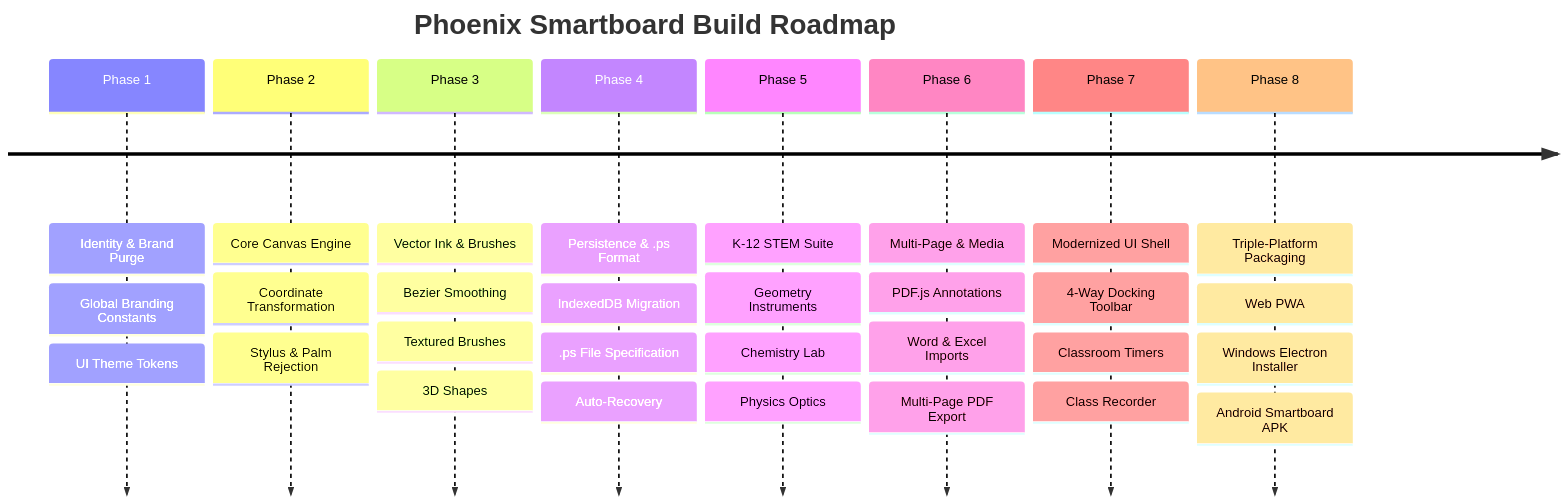
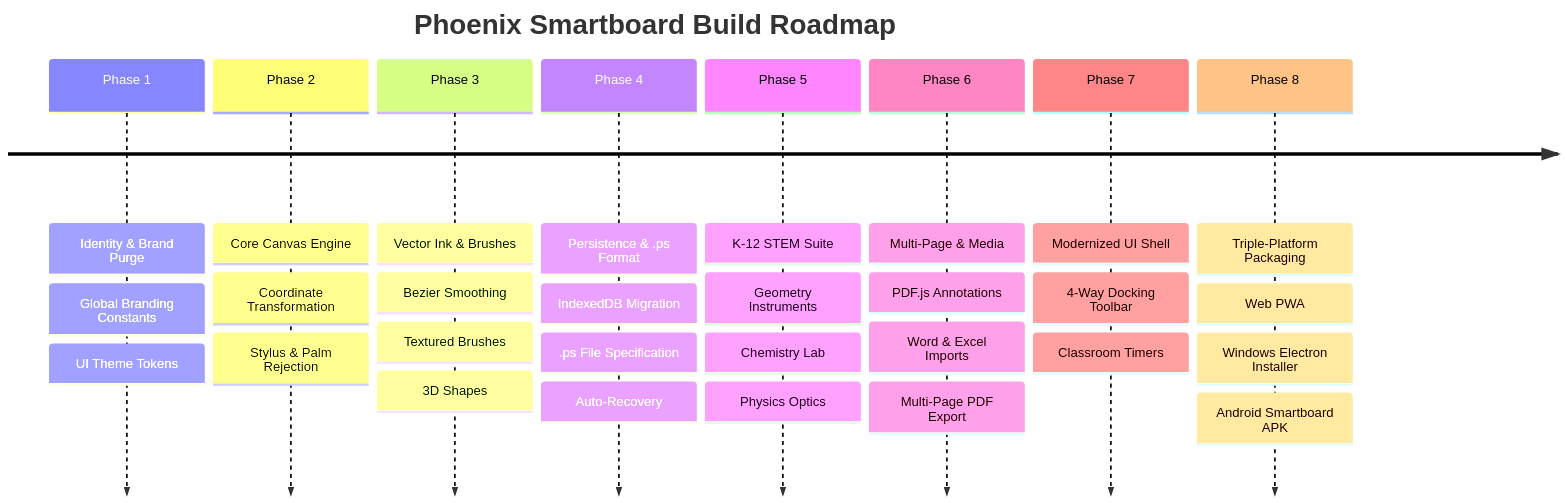
One commit to nafissami19/phoenix-smartboard changed the second of 2 diagrams in PHOENIX_SMARTBOARD_IMPLEMENTATION_PLAN.md. Above: the diagram before and after it, drawn with Mermaid. The commit also changed other lines of this file and 23 other files, not shown here.

````diff
--- a/PHOENIX_SMARTBOARD_IMPLEMENTATION_PLAN.md
+++ b/PHOENIX_SMARTBOARD_IMPLEMENTATION_PLAN.md
@@ -247,12 +247,12 @@
 ```mermaid
 timeline
     title Phoenix Smartboard Build Roadmap
     Phase 1 : Identity & Brand Purge : Global Branding Constants : UI Theme Tokens
     Phase 2 : Core Canvas Engine : Coordinate Transformation : Stylus & Palm Rejection
     Phase 3 : Vector Ink & Brushes : Bezier Smoothing : Textured Brushes : 3D Shapes
     Phase 4 : Persistence & .ps Format : IndexedDB Migration : .ps File Specification : Auto-Recovery
     Phase 5 : K-12 STEM Suite : Geometry Instruments : Chemistry Lab : Physics Optics
     Phase 6 : Multi-Page & Media : PDF.js Annotations : Word & Excel Imports : Multi-Page PDF Export
-    Phase 7 : Modernized UI Shell : 4-Way Docking Toolbar : Classroom Timers : Class Recorder
+    Phase 7 : Modernized UI Shell : 4-Way Docking Toolbar : Classroom Timers
     Phase 8 : Triple-Platform Packaging : Web PWA : Windows Electron Installer : Android Smartboard APK
 ```
````
